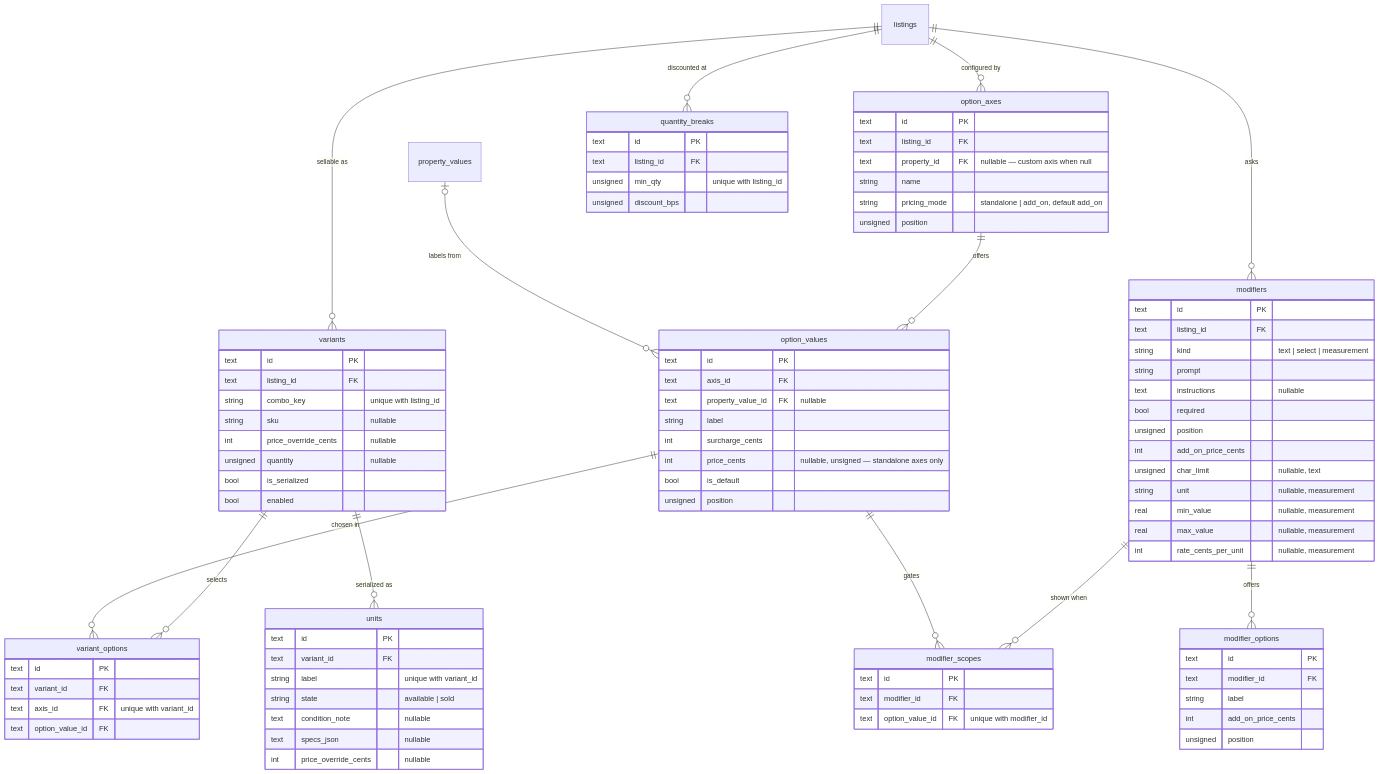
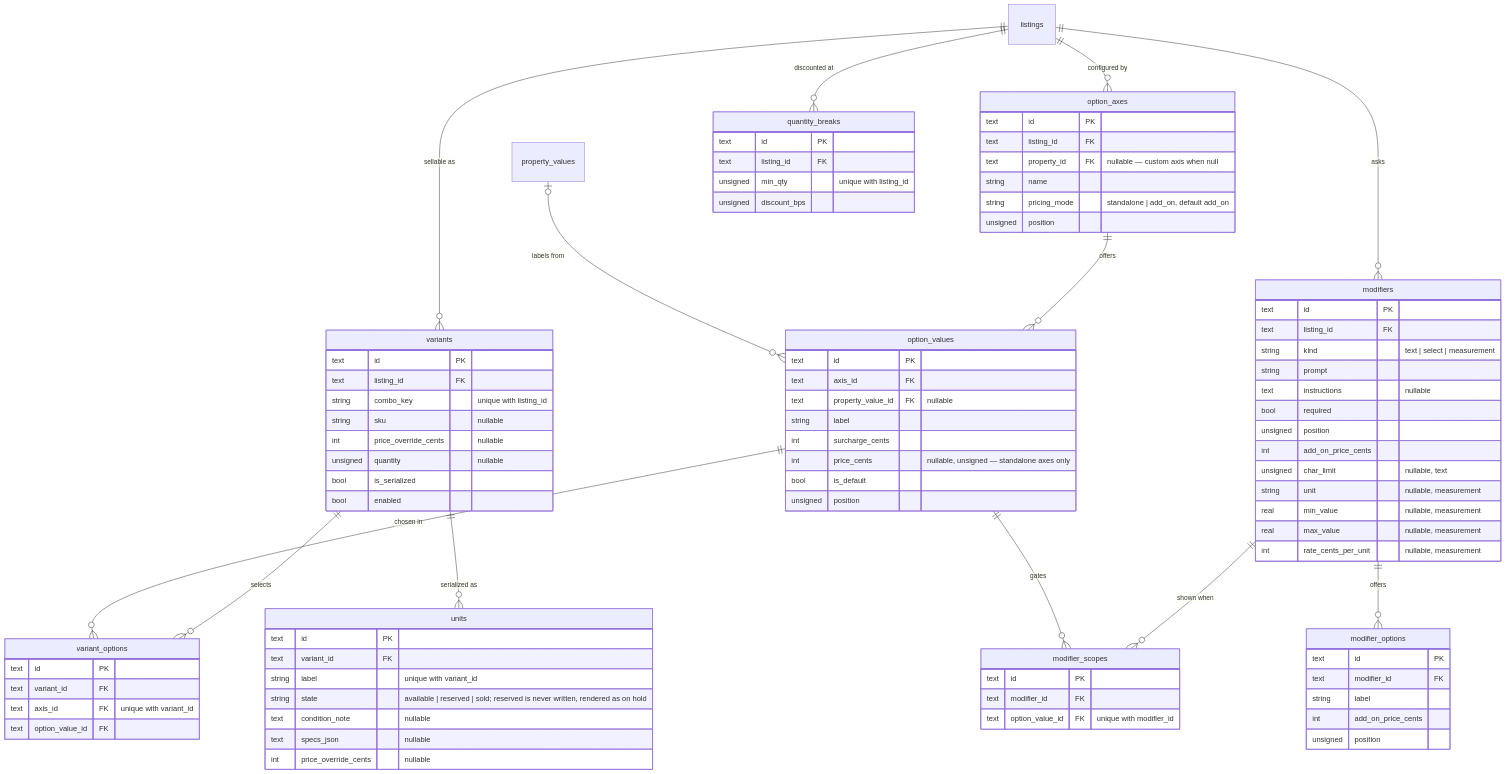
Before and after one commit to jonathan-beebe/art-store: the second of 6 diagrams in app/docs/item-configurator.md, drawn with Mermaid. The commit also changed other lines of this file and 26 other files, not shown here.

```diff
--- a/app/docs/item-configurator.md
+++ b/app/docs/item-configurator.md
@@ -184,7 +191,7 @@
         text id PK
         text variant_id FK
         string label "unique with variant_id"
-        string state "available | sold"
+        string state "available | reserved | sold; reserved is never written, rendered as on hold"
         text condition_note "nullable"
         text specs_json "nullable"
         int price_override_cents "nullable"
```
